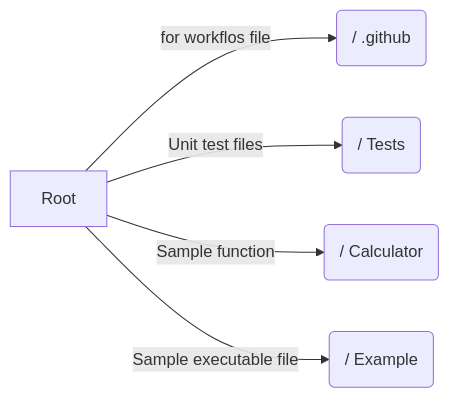
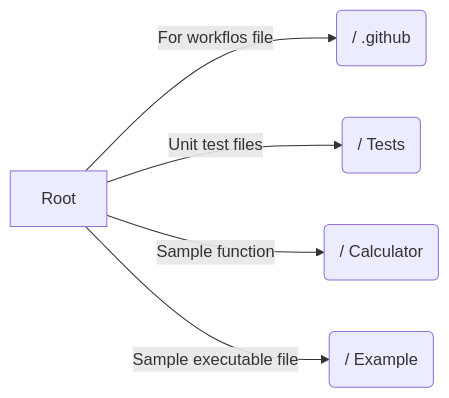
Before and after one commit to mohammad26845/unit_test_sample: the diagram in README.md, drawn with Mermaid. The commit also changed other lines of this file, not shown here.

````diff
--- a/README.md
+++ b/README.md
@@ -22,7 +23,7 @@
 ```mermaid
 graph LR
-A[Root] -- for workflos file --> B(/ .github)
+A[Root] -- For workflos file --> B(/ .github)
 A -- Unit test files --> C(/ Tests)
 A -- Sample function --> D(/ Calculator)
 A -- Sample executable file --> E(/ Example)
 ```
````
